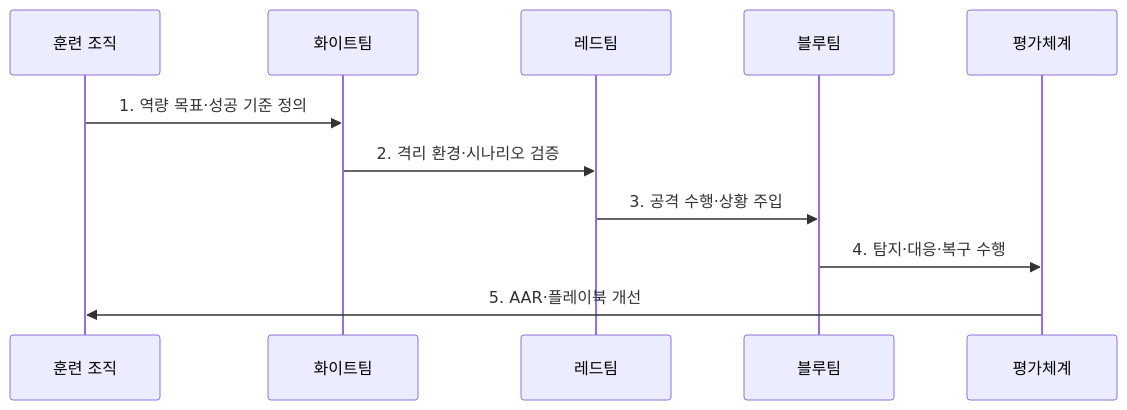
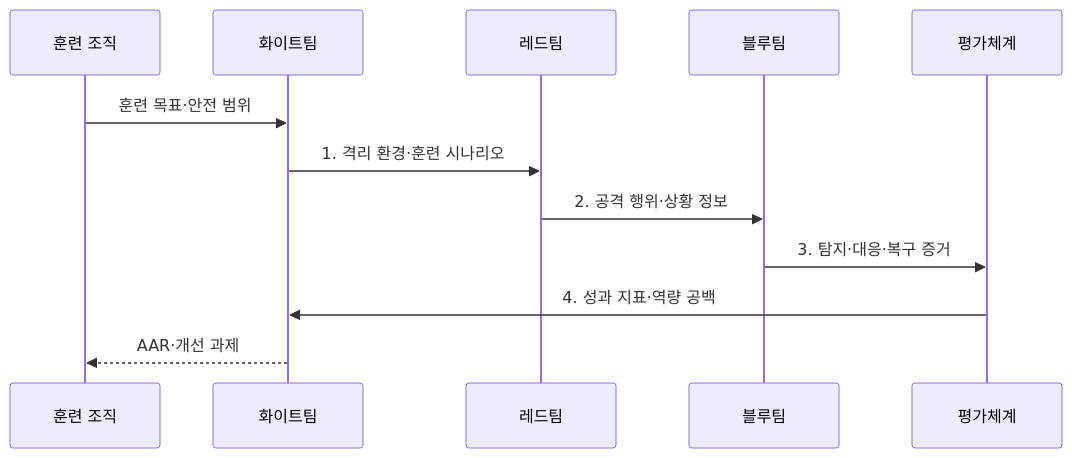
Before and after one commit to agnusdei1207/knowledge-base: the second of 2 diagrams in src/content/docs/notes/05-security/123_cyber_range_training.md, drawn with Mermaid. The commit also changed other lines of this file and 20 other files, not shown here.

````diff
--- a/src/content/docs/notes/05-security/123_cyber_range_training.md
+++ b/src/content/docs/notes/05-security/123_cyber_range_training.md
@@ -81,13 +83,14 @@
 ```mermaid
 sequenceDiagram
   participant O as 훈련 조직
   participant W as 화이트팀
   participant R as 레드팀
   participant B as 블루팀
   participant E as 평가체계
-  O->>W: 1. 역량 목표·성공 기준 정의
-  W->>R: 2. 격리 환경·시나리오 검증
-  R->>B: 3. 공격 수행·상황 주입
-  B->>E: 4. 탐지·대응·복구 수행
-  E->>O: 5. AAR·플레이북 개선
+  O->>W: 훈련 목표·안전 범위
+  W->>R: 1. 격리 환경·훈련 시나리오
+  R->>B: 2. 공격 행위·상황 정보
+  B->>E: 3. 탐지·대응·복구 증거
+  E->>W: 4. 성과 지표·역량 공백
+  W-->>O: AAR·개선 과제
 ```
````
